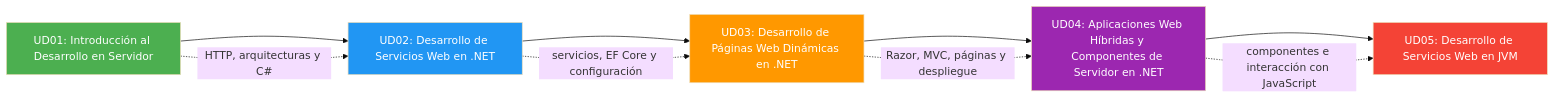
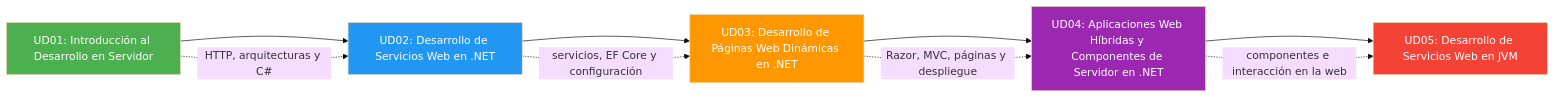
Before and after one commit to joseluisgs/DesarrolloWebEntornosServidor-03-2026-2027: the second of 2 diagrams in 26-resumen.md, drawn with Mermaid (base theme).

Commit message:
fix: corregir la descripción de la interacción en la web

````diff
--- a/26-resumen.md
+++ b/26-resumen.md
@@ -452,18 +452,18 @@
 ```mermaid
 graph LR
     UD01[UD01: Introducción al Desarrollo en Servidor] --> UD02[UD02: Desarrollo de Servicios Web en .NET]
     UD02 --> UD03[UD03: Desarrollo de Páginas Web Dinámicas en .NET]
     UD03 --> UD04[UD04: Aplicaciones Web Híbridas y Componentes de Servidor en .NET]
     UD04 --> UD05[UD05: Desarrollo de Servicios Web en JVM]
 
     UD01 -.->|HTTP, arquitecturas y C#| UD02
     UD02 -.->|servicios, EF Core y configuración| UD03
     UD03 -.->|Razor, MVC, páginas y despliegue| UD04
-    UD04 -.->|componentes e interacción con JavaScript| UD05
+    UD04 -.->|componentes e interacción en la web| UD05
 
     style UD01 fill:#4CAF50,color:#fff
     style UD02 fill:#2196F3,color:#fff
     style UD03 fill:#FF9800,color:#fff
     style UD04 fill:#9C27B0,color:#fff
     style UD05 fill:#f44336,color:#fff
 ```
````
